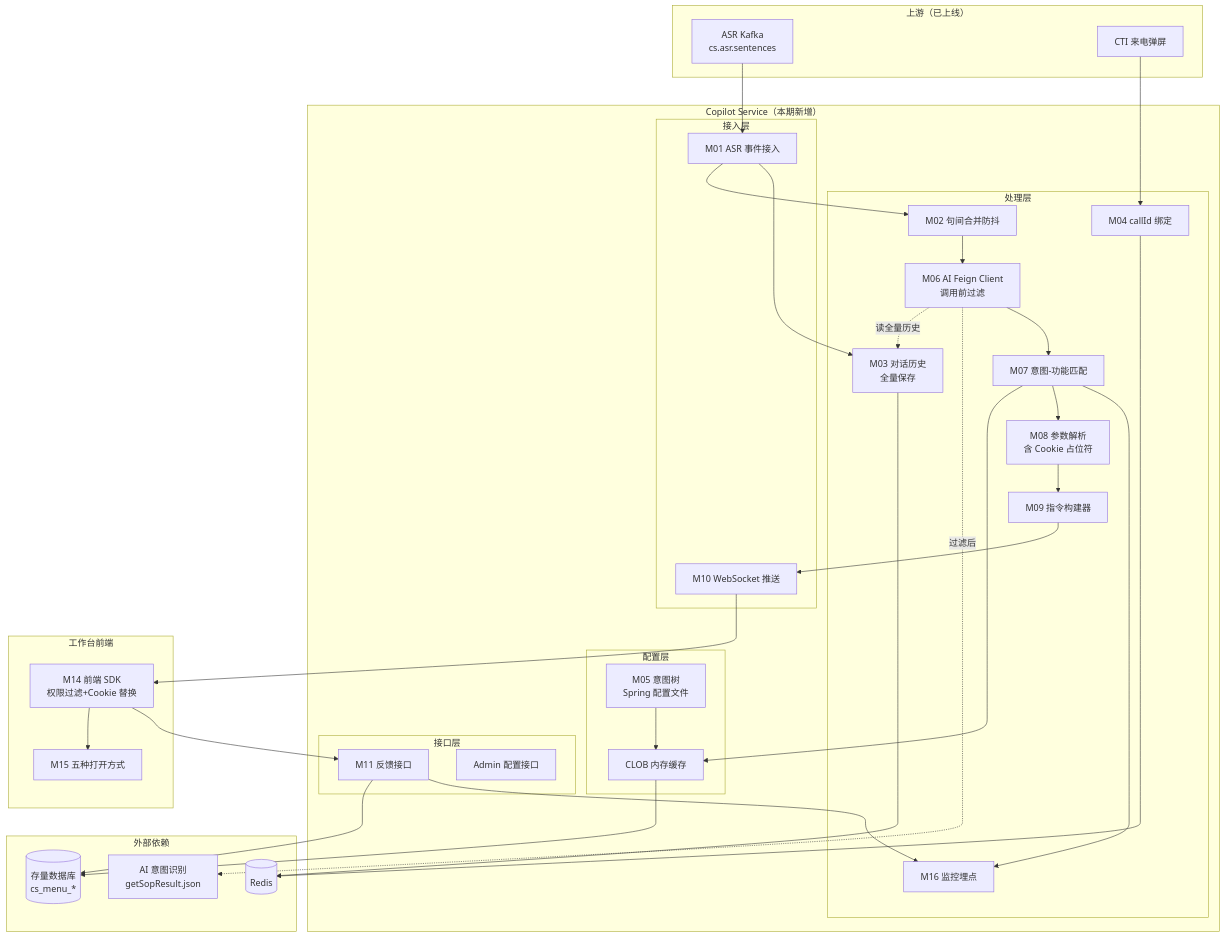
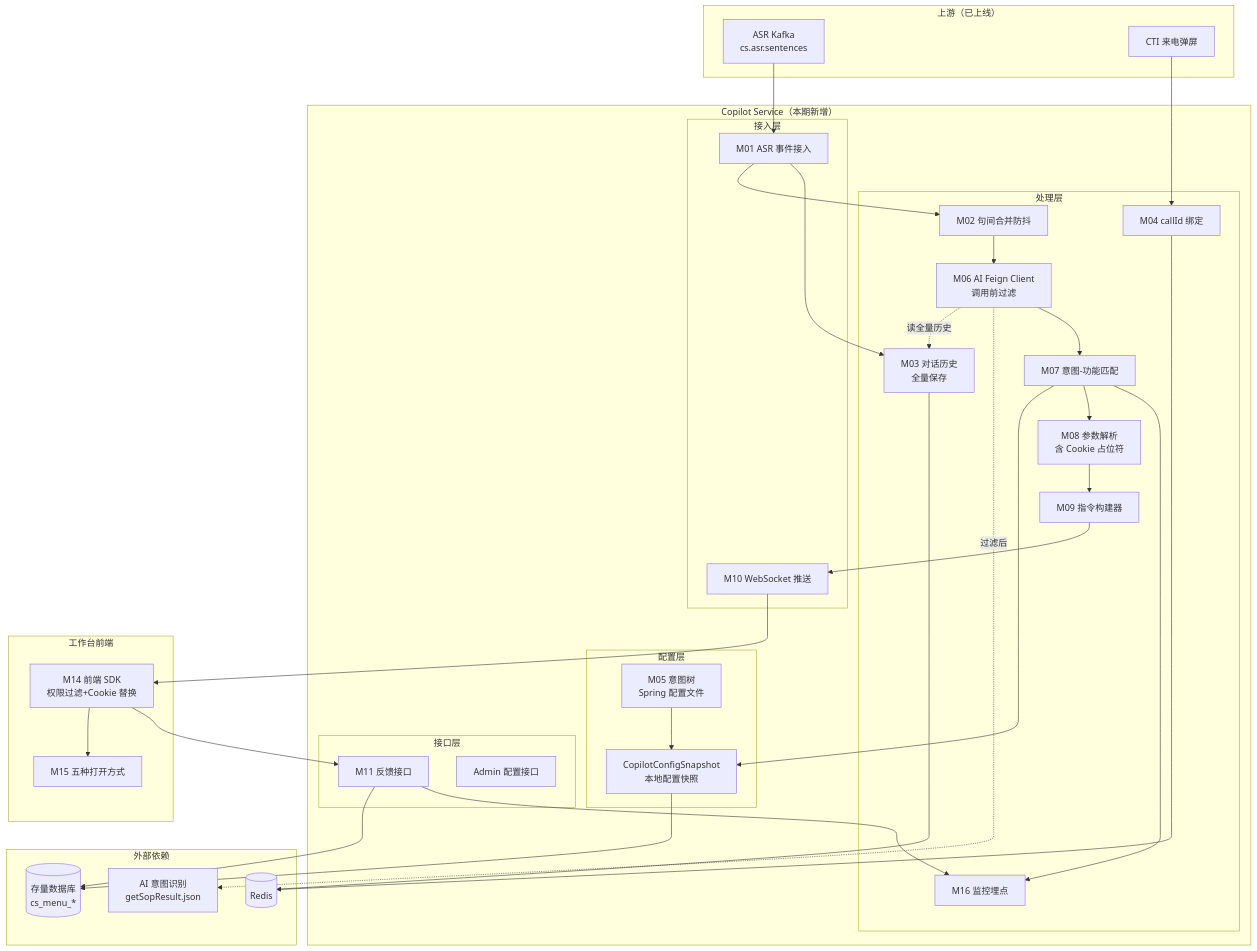
One commit to qzz617/copilot changed the first of 24 diagrams in cs-copilot-service/docs/dd-v1.2.md. Above: the diagram before and after it, drawn with Mermaid. The commit also changed other lines of this file and 24 other files, not shown here.

Commit message:
Align copilot action config schema

````diff
--- a/cs-copilot-service/docs/dd-v1.2.md
+++ b/cs-copilot-service/docs/dd-v1.2.md
@@ -261,66 +263,66 @@
 ```mermaid
 graph TB
     subgraph 上游["上游（已上线）"]
         ASR[ASR Kafka<br/>cs.asr.sentences]
         CTI[CTI 来电弹屏]
     end
 
     subgraph CopilotService["Copilot Service（本期新增）"]
         subgraph 接入["接入层"]
             M01[M01 ASR 事件接入]
             M10[M10 WebSocket 推送]
         end
         subgraph 处理["处理层"]
             M02[M02 句间合并防抖]
             M03[M03 对话历史<br/>全量保存]
             M04[M04 callId 绑定]
             M06[M06 AI Feign Client<br/>调用前过滤]
             M07[M07 意图-功能匹配]
             M08[M08 参数解析<br/>含 Cookie 占位符]
             M09[M09 指令构建器]
             M16[M16 监控埋点]
         end
         subgraph 配置["配置层"]
             M05[M05 意图树<br/>Spring 配置文件]
-            CACHE[CLOB 内存缓存]
+            CACHE[CopilotConfigSnapshot<br/>本地配置快照]
         end
         subgraph 接口["接口层"]
             M11[M11 反馈接口]
             ADMIN[Admin 配置接口]
         end
     end
 
     subgraph External["外部依赖"]
         AI[AI 意图识别<br/>getSopResult.json]
         DB[(存量数据库<br/>cs_menu_*)]
         REDIS[(Redis)]
     end
 
     subgraph Frontend["工作台前端"]
         SDK[M14 前端 SDK<br/>权限过滤+Cookie 替换]
         OPEN[M15 五种打开方式]
     end
 
     ASR --> M01
     CTI --> M04
     M01 --> M02
     M01 --> M03
     M02 --> M06
     M06 -.读全量历史.-> M03
     M06 -.过滤后.-> AI
     M06 --> M07
     M07 --> CACHE
     M07 --> M08
     M08 --> M09
     M09 --> M10
     M10 --> SDK
     SDK --> OPEN
     M03 --> REDIS
     M04 --> REDIS
     M05 --> CACHE
     CACHE --> DB
     SDK --> M11
     M11 --> DB
     M11 --> M16
     M07 --> M16
 ```
````
